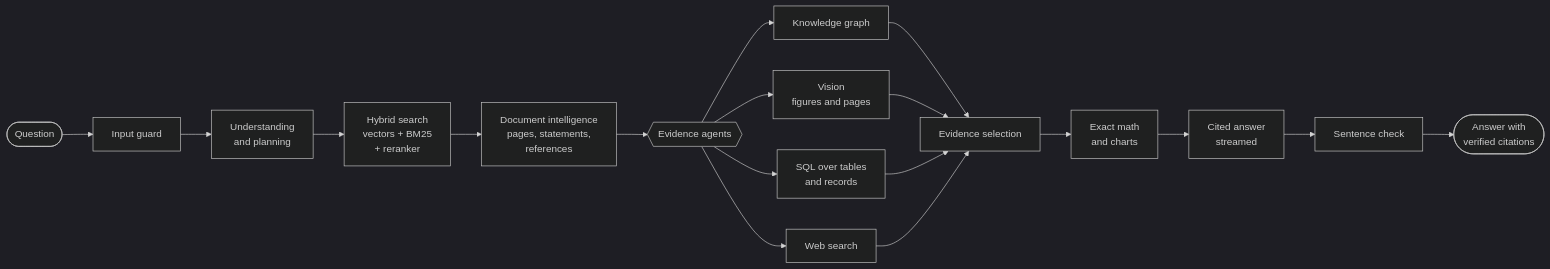
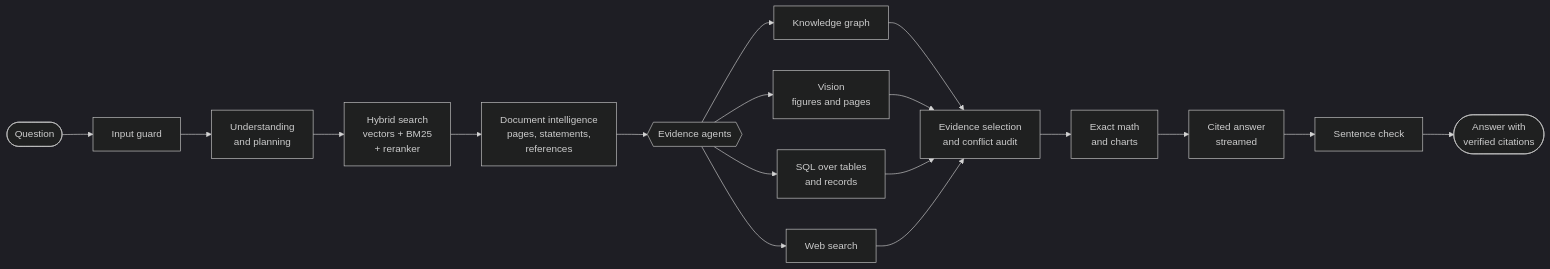
The first of 2 diagrams in README.md (muditagrawal-alt/OmniDoc), drawn with Mermaid (dark theme) before and after one commit. The commit also changed other lines of this file, not shown here.

Commit message:
docs(readme): a new README: live demo, video and GIFs, architecture, security

````diff
--- a/README.md
+++ b/README.md
@@ -206,17 +251,17 @@
 ```mermaid
 flowchart LR
     Q([Question]) --> G[Input guard]
     G --> U[Understanding<br/>and planning]
     U --> R[Hybrid search<br/>vectors + BM25<br/>+ reranker]
     R --> DI[Document intelligence<br/>pages, statements,<br/>references]
     DI --> P{{Evidence agents}}
     P --> KG[Knowledge graph]
     P --> V[Vision<br/>figures and pages]
     P --> T[SQL over tables<br/>and records]
     P --> W[Web search]
-    KG & V & T & W --> E[Evidence selection]
+    KG & V & T & W --> E[Evidence selection<br/>and conflict audit]
     E --> M[Exact math<br/>and charts]
     M --> S[Cited answer<br/>streamed]
     S --> C[Sentence check]
     C --> A([Answer with<br/>verified citations])
 ```
````
